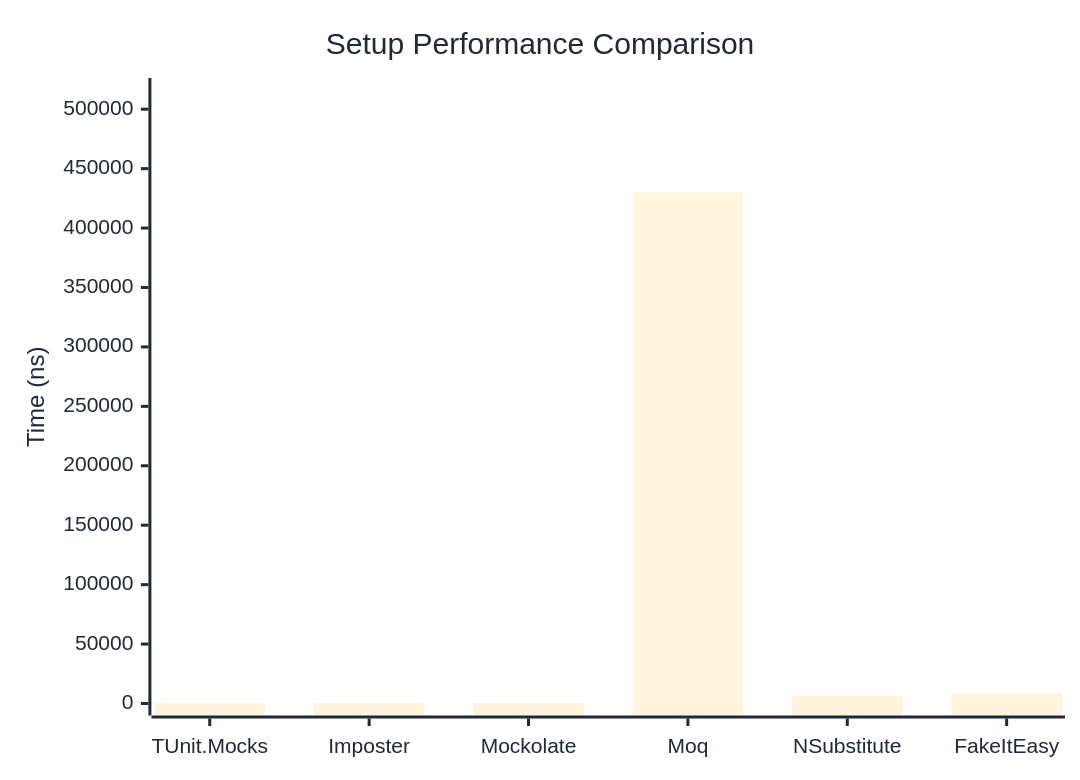
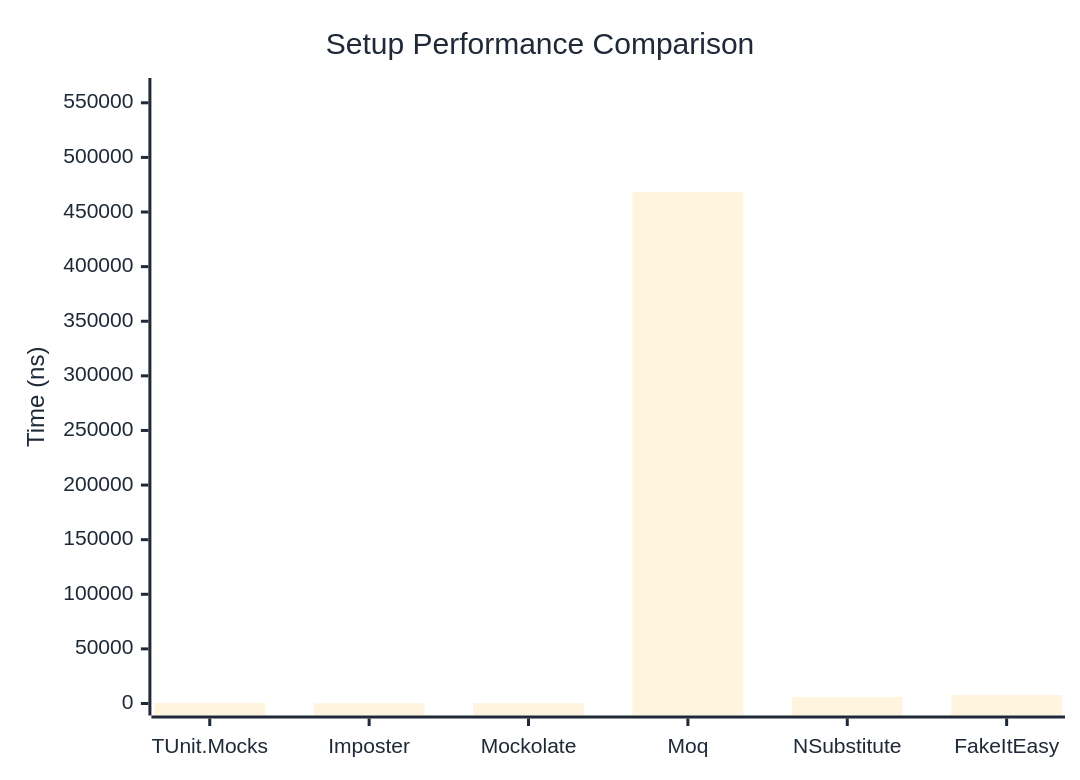
Before and after one commit to thomhurst/TUnit: the first of 2 diagrams in docs/docs/benchmarks/mocks/Setup.md, drawn with Mermaid. The commit also changed other lines of this file and 14 other files, not shown here.

````diff
--- a/docs/docs/benchmarks/mocks/Setup.md
+++ b/docs/docs/benchmarks/mocks/Setup.md
@@ -30,27 +30,27 @@
 ```mermaid
 %%{init: {
   'theme':'base',
   'themeVariables': {
     'primaryColor': '#2563eb',
     'primaryTextColor': '#1f2937',
     'primaryBorderColor': '#1e40af',
     'lineColor': '#6b7280',
     'secondaryColor': '#7c3aed',
     'tertiaryColor': '#dc2626',
     'background': '#ffffff',
     'pie1': '#2563eb',
     'pie2': '#7c3aed',
     'pie3': '#dc2626',
     'pie4': '#f59e0b',
     'pie5': '#10b981',
     'pie6': '#06b6d4',
     'pie7': '#ec4899',
     'pie8': '#6366f1'
   }
 }}%%
 xychart-beta
   title "Setup Performance Comparison"
   x-axis ["TUnit.Mocks", "Imposter", "Mockolate", "Moq", "NSubstitute", "FakeItEasy"]
-  y-axis "Time (ns)" 0 --> 516157
-  bar [600.4, 358.9, 347.8, 430130.3, 6458.3, 8386.4]
+  y-axis "Time (ns)" 0 --> 561725
+  bar [511.2, 298.3, 287.6, 468103.7, 6020.4, 7735.5]
 ```
````
